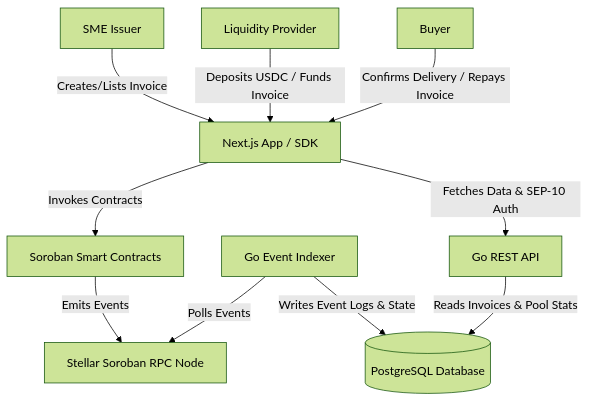
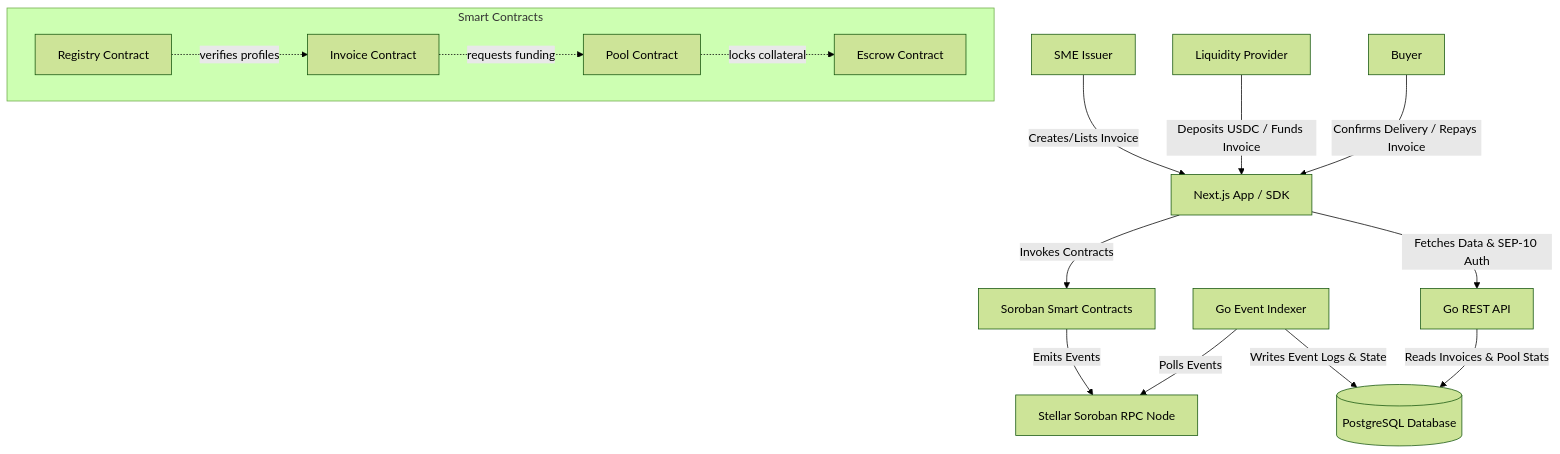
Before and after one commit to muhsar27/TrusTrove-app: the diagram in README.md, drawn with Mermaid (forest theme). The commit also changed other lines of this file and 27 other files, not shown here.

````diff
--- a/README.md
+++ b/README.md
@@ -19,15 +26,26 @@
 ```mermaid
 graph TD
     SME[SME Issuer] -->|Creates/Lists Invoice| Frontend[Next.js App / SDK]
     LP[Liquidity Provider] -->|Deposits USDC / Funds Invoice| Frontend
     Buyer[Buyer] -->|Confirms Delivery / Repays Invoice| Frontend
     
     Frontend -->|Invokes Contracts| Soroban[Soroban Smart Contracts]
     Soroban -->|Emits Events| Node[Stellar Soroban RPC Node]
     
     GoIndexer[Go Event Indexer] -->|Polls Events| Node
     GoIndexer -->|Writes Event Logs & State| PostgreSQL[(PostgreSQL Database)]
     
     GoAPI[Go REST API] -->|Reads Invoices & Pool Stats| PostgreSQL
     Frontend -->|Fetches Data & SEP-10 Auth| GoAPI
+
+    subgraph Smart Contracts
+        registry[Registry Contract]
+        invoice[Invoice Contract]
+        pool[Pool Contract]
+        escrow[Escrow Contract]
+        
+        registry -.->|verifies profiles| invoice
+        invoice -.->|requests funding| pool
+        pool -.->|locks collateral| escrow
+    end
 ```
````
